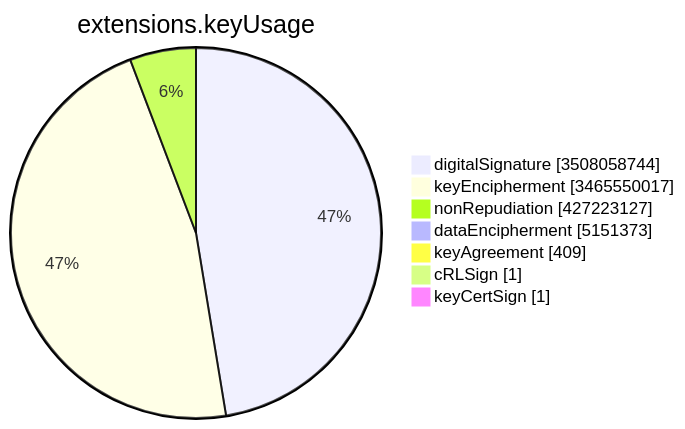
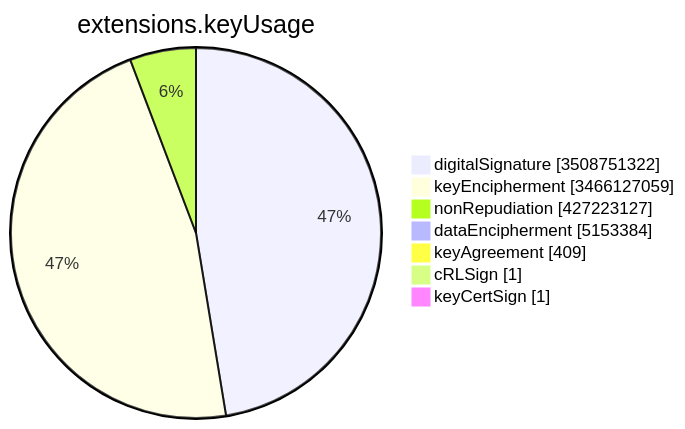
One commit to christiankrug/ctmonitor_visualization changed the sixth of 15 diagrams in TOTAL/README.md. Above: the diagram before and after it, drawn with Mermaid. The commit also changed other lines of this file, not shown here.

````diff
--- a/TOTAL/README.md
+++ b/TOTAL/README.md
@@ -3083,11 +3083,11 @@
 ```mermaid
 pie showData
 title extensions.keyUsage
-"digitalSignature" :3508058744
-"keyEncipherment" :3465550017
+"digitalSignature" :3508751322
+"keyEncipherment" :3466127059
 "nonRepudiation" :427223127
-"dataEncipherment" :5151373
+"dataEncipherment" :5153384
 "keyAgreement" :409
 "cRLSign" :1
 "keyCertSign" :1
 ```
````
